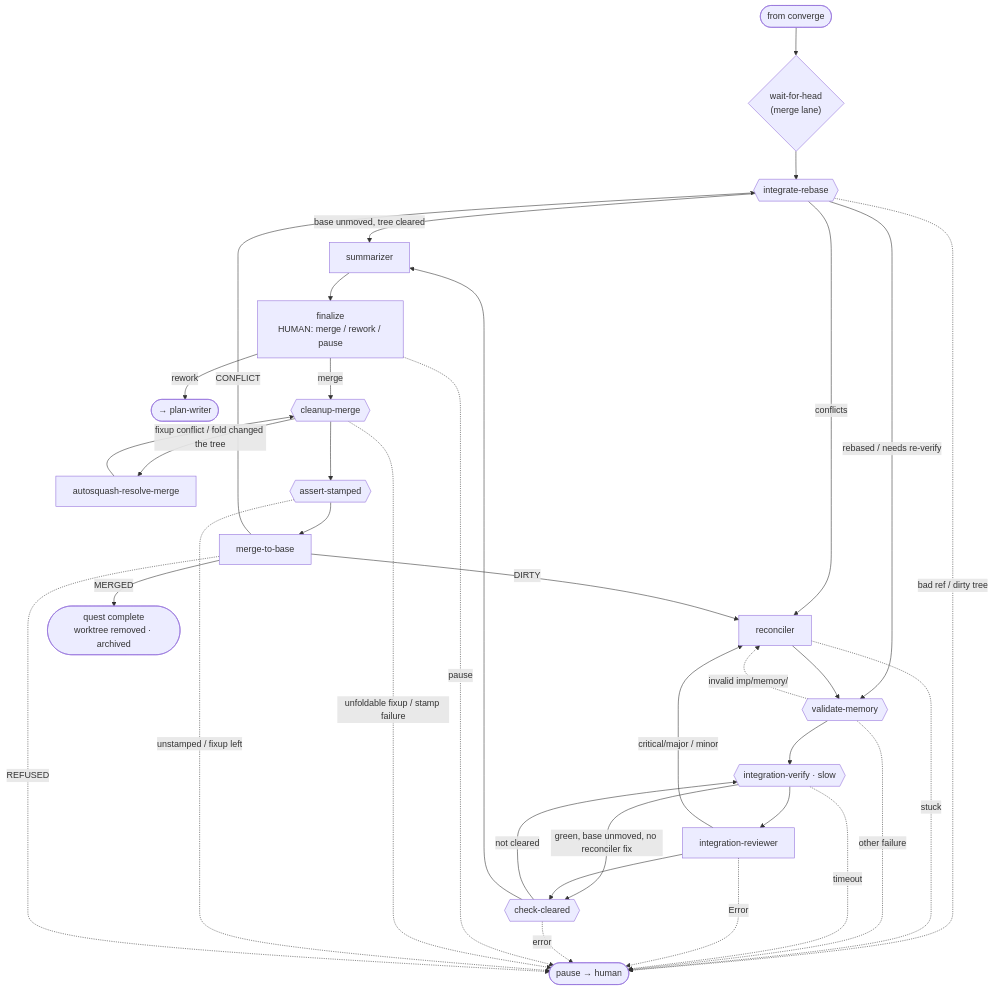
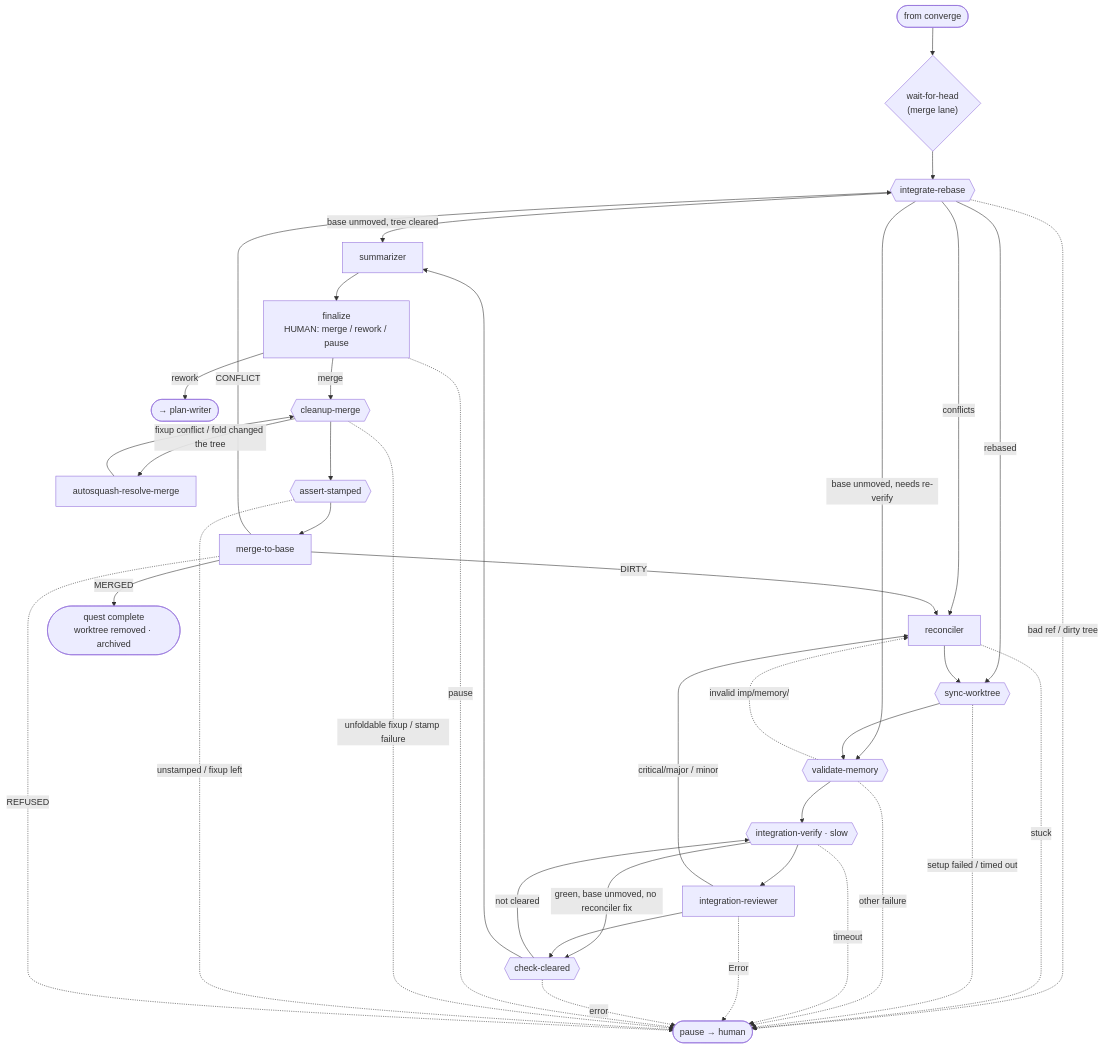
Before and after one commit to jpoimboe/imp: diagram 13 of 13 in docs/internals/architecture.md, drawn with Mermaid. The commit also changed other lines of this file and 11 other files, not shown here.

First line of the commit message:
workflow: re-sync the worktree after an integration rebase

````diff
--- a/docs/internals/architecture.md
+++ b/docs/internals/architecture.md
@@ -308,37 +311,40 @@
 ```mermaid
 flowchart TD
   in([from converge]) --> WFH{"wait-for-head<br/>(merge lane)"}
   WFH --> IR{{"integrate-rebase"}}
   IR -->|"base unmoved, tree cleared"| SUM
-  IR -->|"rebased / needs re-verify"| VM
+  IR -->|rebased| SW
+  IR -->|"base unmoved, needs re-verify"| VM
   IR -->|conflicts| REC["reconciler"]
   IR -. "bad ref / dirty tree" .-> HUMAN([pause → human])
-  REC --> VM{{"validate-memory"}}
+  REC --> SW{{"sync-worktree"}}
   REC -. stuck .-> HUMAN
+  SW -. "setup failed / timed out" .-> HUMAN
+  SW --> VM{{"validate-memory"}}
   VM -. "invalid imp/memory/" .-> REC
   VM -. "other failure" .-> HUMAN
   VM --> IV{{"integration-verify · slow"}}
   IV -. timeout .-> HUMAN
   IV --> IRV["integration-reviewer"]
   IV -->|"green, base unmoved, no reconciler fix"| CC
   IRV -->|"critical/major / minor"| REC
   IRV -. Error .-> HUMAN
   IRV --> CC{{"check-cleared"}}
   CC -->|"not cleared"| IV
   CC -. error .-> HUMAN
   CC --> SUM["summarizer"]
   SUM --> FIN["finalize<br/>HUMAN: merge / rework / pause"]
   FIN -->|rework| back([→ plan-writer])
   FIN -. pause .-> HUMAN
   FIN -->|merge| CM{{"cleanup-merge"}}
   CM -->|"fixup conflict / fold changed the tree"| ASR["autosquash-resolve-merge"]
   ASR --> CM
   CM -. "unfoldable fixup / stamp failure" .-> HUMAN
   CM --> AST{{"assert-stamped"}}
   AST -. "unstamped / fixup left" .-> HUMAN
   AST --> M2B["merge-to-base"]
   M2B -->|MERGED| done([quest complete<br/>worktree removed · archived])
   M2B -->|CONFLICT| IR
   M2B -->|DIRTY| REC
   M2B -. REFUSED .-> HUMAN
 ```
````
